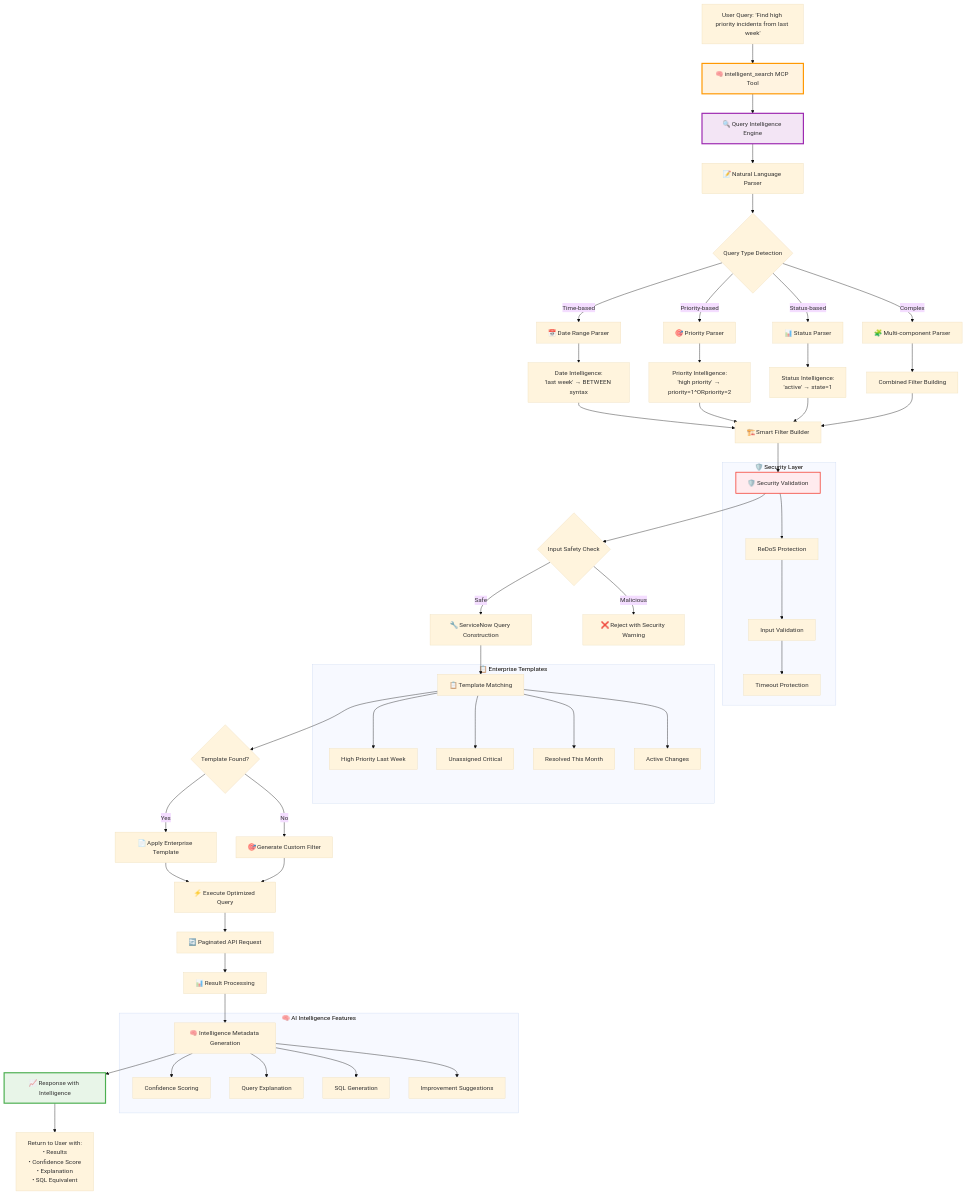
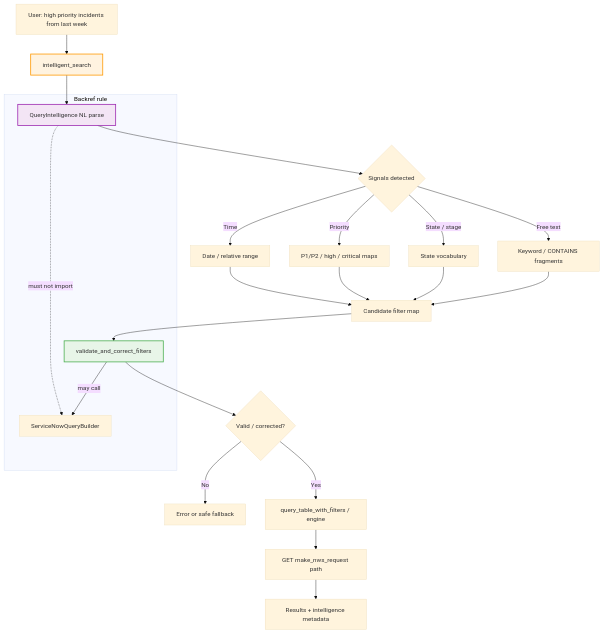
Before and after one commit to Papamzor/personal-mcp-servicenow: the first of 5 diagrams in Diagrams & Documentation/05-ai-intelligence-flow.md, drawn with Mermaid (base theme). The commit also changed other lines of this file and 31 other files, not shown here.

First line of the commit message:
chore: clean stale packaging/docs and refresh architecture diagrams

````diff
--- a/Diagrams & Documentation/05-ai-intelligence-flow.md
+++ b/Diagrams & Documentation/05-ai-intelligence-flow.md
@@ -7,81 +18,31 @@
 ```mermaid
 flowchart TD
-    A[User Query: 'Find high priority incidents from last week'] --> B[🧠 intelligent_search MCP Tool]
-    B --> C[🔍 Query Intelligence Engine]
-    C --> D[📝 Natural Language Parser]
+    A["User: high priority incidents from last week"] --> B[intelligent_search]
+    B --> C[QueryIntelligence NL parse]
+    C --> D{Signals detected}
+    D -->|Time| E[Date / relative range]
+    D -->|Priority| F[P1/P2 / high / critical maps]
+    D -->|State / stage| G[State vocabulary]
+    D -->|Free text| H[Keyword / CONTAINS fragments]
 
-    D --> E{Query Type Detection}
-    E -->|Time-based| F[📅 Date Range Parser]
-    E -->|Priority-based| G[🎯 Priority Parser]
-    E -->|Status-based| H[📊 Status Parser]
-    E -->|Complex| I[🧩 Multi-component Parser]
+    E --> I[Candidate filter map]
+    F --> I
+    G --> I
+    H --> I
 
-    F --> J[Date Intelligence:<br/>'last week' → BETWEEN syntax]
-    G --> K[Priority Intelligence:<br/>'high priority' → priority=1^ORpriority=2]
-    H --> L[Status Intelligence:<br/>'active' → state=1]
-    I --> M[Combined Filter Building]
+    I --> J[validate_and_correct_filters]
+    J --> K{Valid / corrected?}
+    K -->|No| L[Error or safe fallback]
+    K -->|Yes| M[query_table_with_filters / engine]
+    M --> N[GET make_nws_request path]
+    N --> O[Results + intelligence metadata]
 
-    J --> N[🏗️ Smart Filter Builder]
-    K --> N
-    L --> N
-    M --> N
-
-    N --> O[🛡️ Security Validation]
-    O --> P{Input Safety Check}
-    P -->|Safe| Q[🔧 ServiceNow Query Construction]
-    P -->|Malicious| R[❌ Reject with Security Warning]
-
-    Q --> S[📋 Template Matching]
-    S --> T{Template Found?}
-    T -->|Yes| U[📄 Apply Enterprise Template]
-    T -->|No| V[🎯 Generate Custom Filter]
-
-    U --> W[⚡ Execute Optimized Query]
-    V --> W
-
-    W --> X[🔄 Paginated API Request]
-    X --> Y[📊 Result Processing]
-    Y --> Z[🧠 Intelligence Metadata Generation]
-
-    Z --> AA[📈 Response with Intelligence]
-    AA --> AB[Return to User with:<br/>• Results<br/>• Confidence Score<br/>• Explanation<br/>• SQL Equivalent]
-
-    subgraph "🛡️ Security Layer"
-        REDOS[ReDoS Protection]
-        VALID[Input Validation]
-        TIMEOUT[Timeout Protection]
-
-        O --> REDOS
-        REDOS --> VALID
-        VALID --> TIMEOUT
+    subgraph "Backref rule"
+        C -.->|must not import| BLD[ServiceNowQueryBuilder]
+        J -->|may call| BLD
     end
 
-    subgraph "🧠 AI Intelligence Features"
-        CONF[Confidence Scoring]
-        EXPL[Query Explanation]
-        SQL[SQL Generation]
-        SUGGEST[Improvement Suggestions]
-
-        Z --> CONF
-        Z --> EXPL
-        Z --> SQL
-        Z --> SUGGEST
-    end
-
-    subgraph "📋 Enterprise Templates"
-        TEMP1[High Priority Last Week]
-        TEMP2[Unassigned Critical]
-        TEMP3[Resolved This Month]
-        TEMP4[Active Changes]
-
-        S --> TEMP1
-        S --> TEMP2
-        S --> TEMP3
-        S --> TEMP4
-    end
-
-    style B fill:#fff3e0,stroke:#ff9800,stroke-width:3px
-    style C fill:#f3e5f5,stroke:#9c27b0,stroke-width:3px
-    style O fill:#ffebee,stroke:#f44336,stroke-width:2px
-    style AA fill:#e8f5e8,stroke:#4caf50,stroke-width:3px
+    style B fill:#fff3e0,stroke:#ff9800,stroke-width:2px
+    style J fill:#e8f5e8,stroke:#4caf50,stroke-width:2px
+    style C fill:#f3e5f5,stroke:#9c27b0,stroke-width:2px
 ```
````
